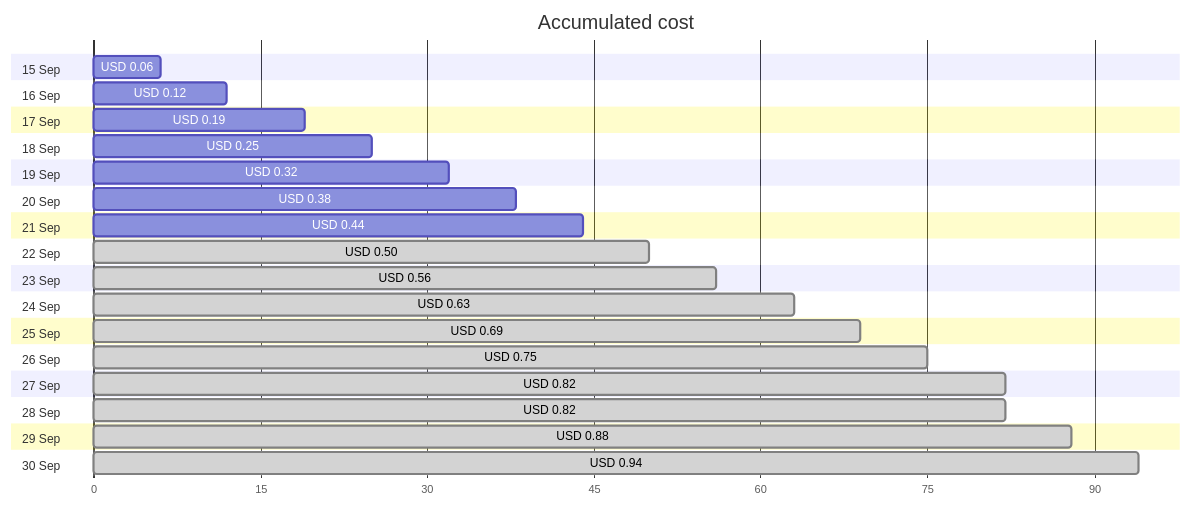
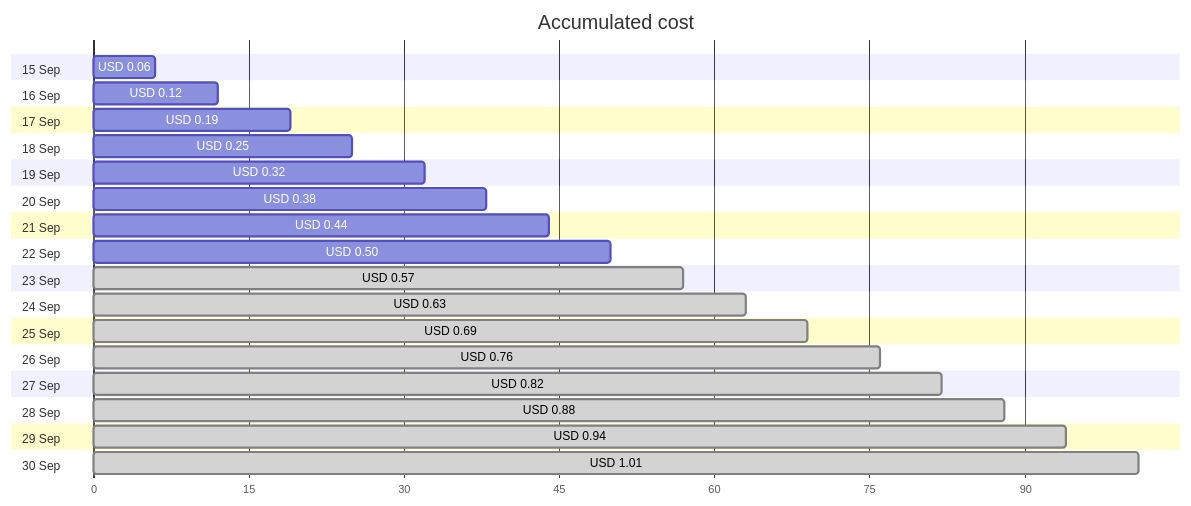
One commit to jpfulton/azure-personal-reports changed the first of 4 diagrams in cost-reports/personal-network/vpn-server_OsDisk.md. Above: the diagram before and after it, drawn with Mermaid. The commit also changed other lines of this file and 9 other files, not shown here.

````diff
--- a/cost-reports/personal-network/vpn-server_OsDisk.md
+++ b/cost-reports/personal-network/vpn-server_OsDisk.md
@@ -20,38 +20,38 @@
 ```mermaid
 gantt
    title Accumulated cost
    dateFormat  X
    axisFormat %s
    section 15 Sep
    USD 0.06 :0, 6
    section 16 Sep
    USD 0.12 :0, 12
    section 17 Sep
    USD 0.19 :0, 19
    section 18 Sep
    USD 0.25 :0, 25
    section 19 Sep
    USD 0.32 :0, 32
    section 20 Sep
    USD 0.38 :0, 38
    section 21 Sep
    USD 0.44 :0, 44
    section 22 Sep
-   USD 0.50 : done, 0, 50
+   USD 0.50 :0, 50
    section 23 Sep
-   USD 0.56 : done, 0, 56
+   USD 0.57 : done, 0, 57
    section 24 Sep
    USD 0.63 : done, 0, 63
    section 25 Sep
    USD 0.69 : done, 0, 69
    section 26 Sep
-   USD 0.75 : done, 0, 75
+   USD 0.76 : done, 0, 76
    section 27 Sep
    USD 0.82 : done, 0, 82
    section 28 Sep
-   USD 0.82 : done, 0, 82
+   USD 0.88 : done, 0, 88
    section 29 Sep
-   USD 0.88 : done, 0, 88
+   USD 0.94 : done, 0, 94
    section 30 Sep
-   USD 0.94 : done, 0, 94
+   USD 1.01 : done, 0, 101
 ```
````
